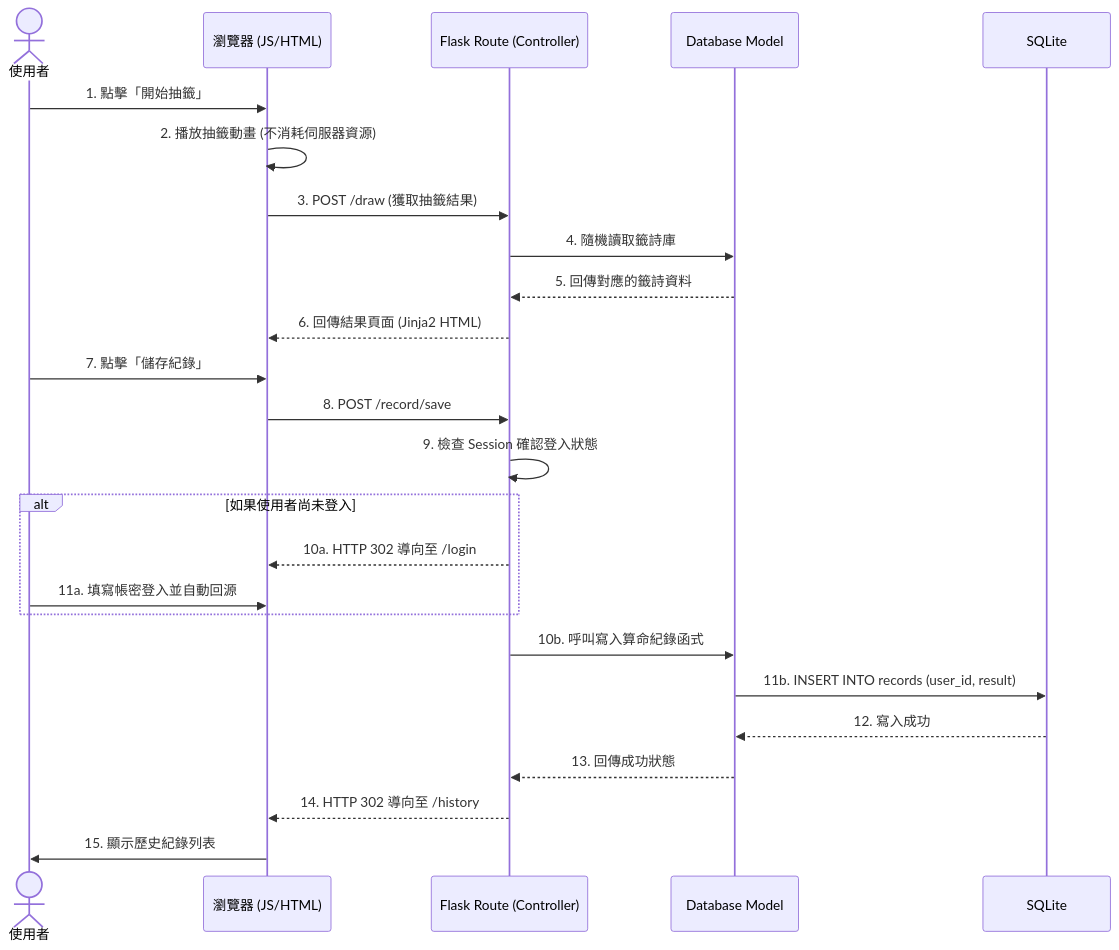
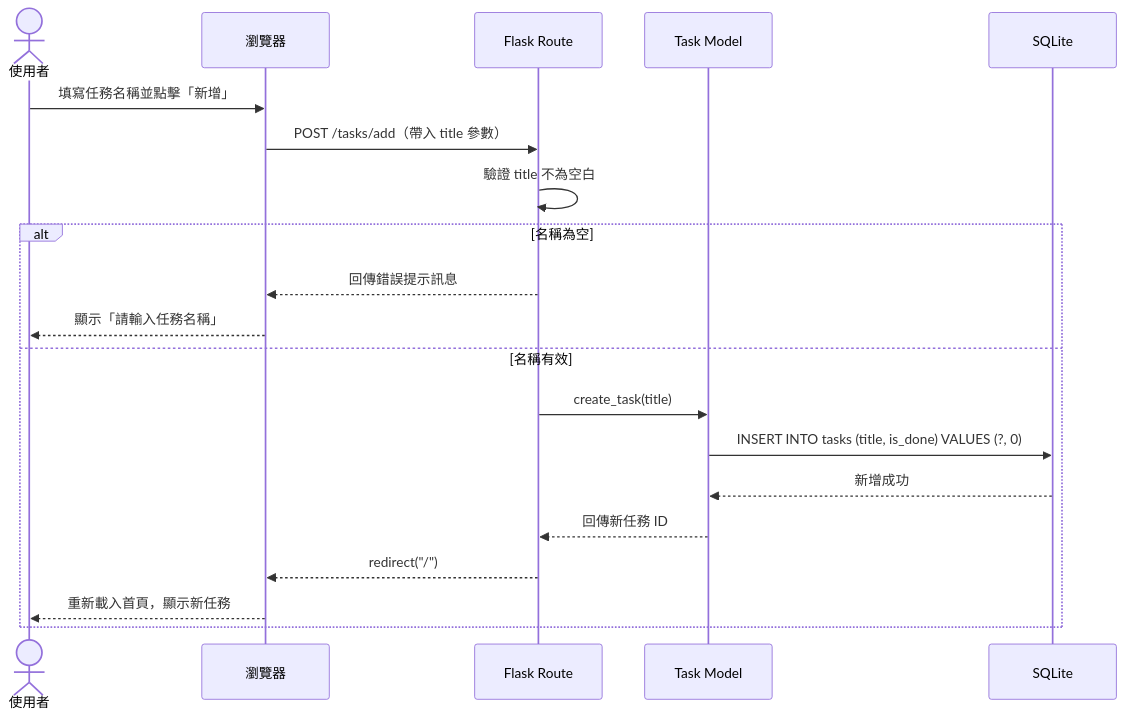
One commit to D1445093/web_app_development changed the second of 5 diagrams in docs/FLOWCHART.md. Above: the diagram before and after it, drawn with Mermaid. The commit also changed other lines of this file, not shown here.

Commit message:
docs: add flowchart

````diff
--- a/docs/FLOWCHART.md
+++ b/docs/FLOWCHART.md
@@ -38,31 +44,23 @@
 ```mermaid
 sequenceDiagram
     actor User as 使用者
-    participant Browser as 瀏覽器 (JS/HTML)
-    participant Route as Flask Route (Controller)
-    participant Model as Database Model 
+    participant Browser as 瀏覽器
+    participant Flask as Flask Route
+    participant Model as Task Model
     participant DB as SQLite
 
-    User->>Browser: 1. 點擊「開始抽籤」
-    Browser->>Browser: 2. 播放抽籤動畫 (不消耗伺服器資源)
-    Browser->>Route: 3. POST /draw (獲取抽籤結果)
-    Route->>Model: 4. 隨機讀取籤詩庫
-    Model-->>Route: 5. 回傳對應的籤詩資料
-    Route-->>Browser: 6. 回傳結果頁面 (Jinja2 HTML)
-
-    User->>Browser: 7. 點擊「儲存紀錄」
-    Browser->>Route: 8. POST /record/save
-    Route->>Route: 9. 檢查 Session 確認登入狀態
-    
-    alt 如果使用者尚未登入
-        Route-->>Browser: 10a. HTTP 302 導向至 /login
-        User->>Browser: 11a. 填寫帳密登入並自動回源
+    User->>Browser: 填寫任務名稱並點擊「新增」
+    Browser->>Flask: POST /tasks/add（帶入 title 參數）
+    Flask->>Flask: 驗證 title 不為空白
+    alt 名稱為空
+        Flask-->>Browser: 回傳錯誤提示訊息
+        Browser-->>User: 顯示「請輸入任務名稱」
+    else 名稱有效
+        Flask->>Model: create_task(title)
+        Model->>DB: INSERT INTO tasks (title, is_done) VALUES (?, 0)
+        DB-->>Model: 新增成功
+        Model-->>Flask: 回傳新任務 ID
+        Flask-->>Browser: redirect("/")
+        Browser-->>User: 重新載入首頁，顯示新任務
     end
-
-    Route->>Model: 10b. 呼叫寫入算命紀錄函式
-    Model->>DB: 11b. INSERT INTO records (user_id, result)
-    DB-->>Model: 12. 寫入成功
-    Model-->>Route: 13. 回傳成功狀態
-    Route-->>Browser: 14. HTTP 302 導向至 /history
-    Browser->>User: 15. 顯示歷史紀錄列表
 ```
````
